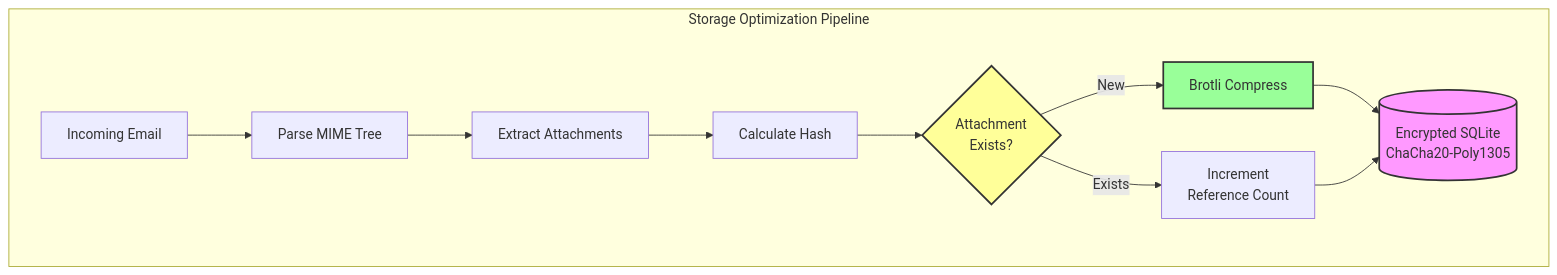
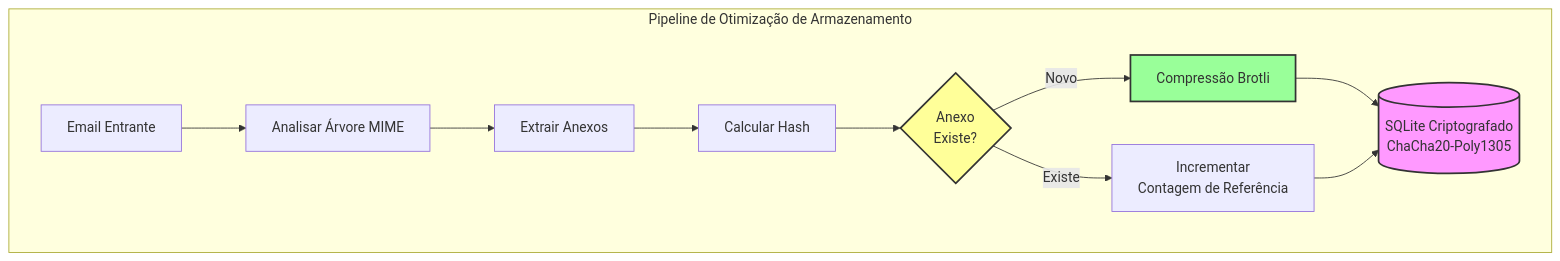
One commit to forwardemail/forwardemail.net changed diagram 11 of 16 in app/views/docs/email-protocols-rfc-compliance-imap-smtp-pop3-comparison/index-pt.md. Above: the diagram before and after it, drawn with Mermaid. The commit also changed other lines of this file and 1055 other files, not shown here.

````diff
--- a/app/views/docs/email-protocols-rfc-compliance-imap-smtp-pop3-comparison/index-pt.md
+++ b/app/views/docs/email-protocols-rfc-compliance-imap-smtp-pop3-comparison/index-pt.md
@@ -1365,25 +1359,25 @@
 ```mermaid
 graph TB
-    subgraph "Storage Optimization Pipeline"
-        Email[Incoming Email]
-        Parse[Parse MIME Tree]
-        Extract[Extract Attachments]
-        Hash[Calculate Hash]
-        Dedup{Attachment<br/>Exists?}
-        Compress[Brotli Compress]
-        Store[(Encrypted SQLite<br/>ChaCha20-Poly1305)]
+    subgraph "Pipeline de Otimização de Armazenamento"
+        Email[Email Entrante]
+        Parse[Analisar Árvore MIME]
+        Extract[Extrair Anexos]
+        Hash[Calcular Hash]
+        Dedup{Anexo<br/>Existe?}
+        Compress[Compressão Brotli]
+        Store[(SQLite Criptografado<br/>ChaCha20-Poly1305)]
 
         Email --> Parse
         Parse --> Extract
         Extract --> Hash
         Hash --> Dedup
-        Dedup -->|New| Compress
-        Dedup -->|Exists| RefCount[Increment<br/>Reference Count]
+        Dedup -->|Novo| Compress
+        Dedup -->|Existe| RefCount[Incrementar<br/>Contagem de Referência]
         Compress --> Store
         RefCount --> Store
 
         style Store fill:#f9f,stroke:#333,stroke-width:2px
         style Compress fill:#9f9,stroke:#333,stroke-width:2px
         style Dedup fill:#ff9,stroke:#333,stroke-width:2px
     end
 ```
````
